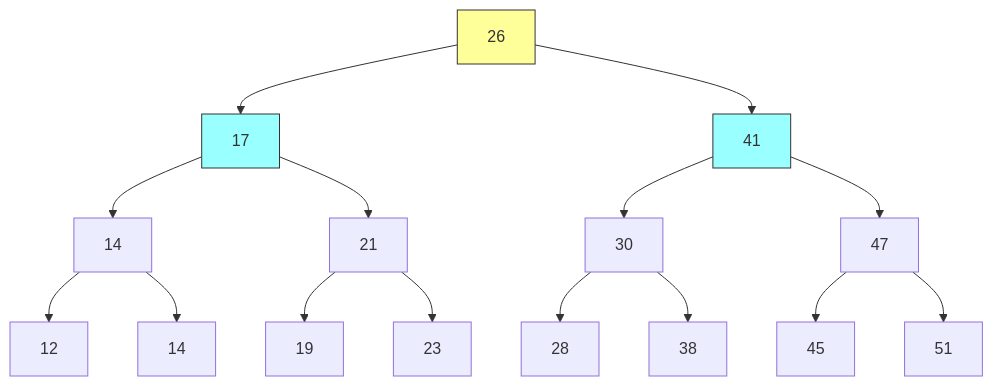
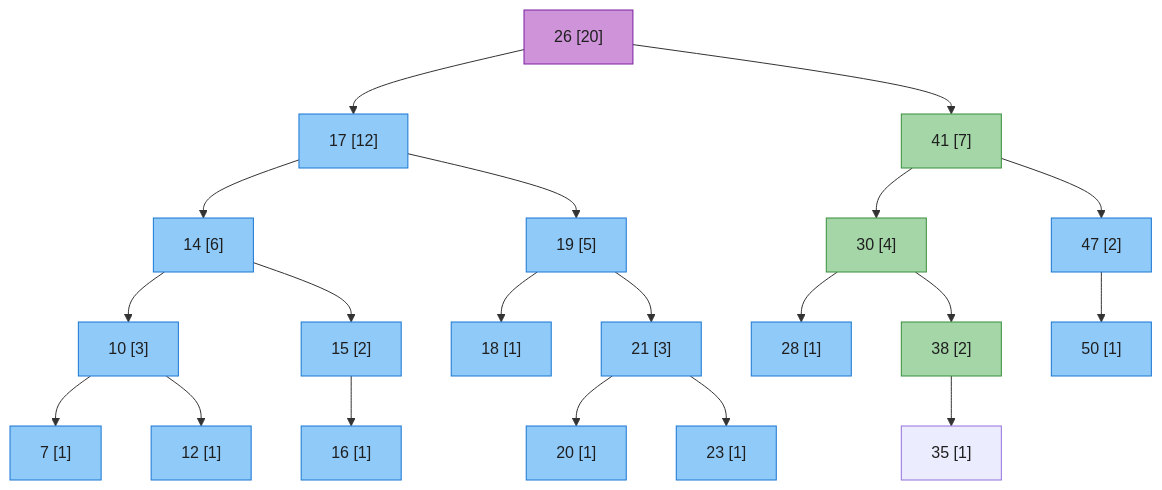
Before and after one commit to socoo123/book_reading: the second of 5 diagrams in IntroductionToAlgorithms/Chapter17_扩充数据结构_深度版.md, drawn with Mermaid. The commit also changed other lines of this file and 30 other files, not shown here.

````diff
--- a/IntroductionToAlgorithms/Chapter17_扩充数据结构_深度版.md
+++ b/IntroductionToAlgorithms/Chapter17_扩充数据结构_深度版.md
@@ -72,21 +61,29 @@
 ```mermaid
-graph TD
-    A[26] --> B[17]
-    A --> C[41]
-    B --> D[14]
-    B --> E[21]
-    C --> F[30]
-    C --> G[47]
-    D --> H[12]
-    D --> I[14]
-    E --> J[19]
-    E --> K[23]
-    F --> L[28]
-    F --> M[38]
-    G --> N[45]
-    G --> O[51]
+flowchart TD
+    n26["26 [20]"] --> n17["17 [12]"]
+    n26 --> n41["41 [7]"]
+    n17 --> n14["14 [6]"]
+    n17 --> n19["19 [5]"]
+    n14 --> n10["10 [3]"]
+    n14 --> n15["15 [2]"]
+    n10 --> n7["7 [1]"]
+    n10 --> n12["12 [1]"]
+    n15 --> n16["16 [1]"]
+    n19 --> n18["18 [1]"]
+    n19 --> n21["21 [3]"]
+    n21 --> n20["20 [1]"]
+    n21 --> n23["23 [1]"]
+    n41 --> n30["30 [4]"]
+    n41 --> n47["47 [2]"]
+    n30 --> n28["28 [1]"]
+    n30 --> n38["38 [2]"]
+    n38 --> n35["35 [1]"]
+    n47 --> n50["50 [1]"]
 
-    style A fill:#ff9,stroke:#333
-    style B fill:#9ff,stroke:#333
-    style C fill:#9ff,stroke:#333
+    classDef root fill:#CE93D8,stroke:#7B1FA2,color:#1f1f1f
+    classDef norm fill:#90CAF9,stroke:#1976D2,color:#1f1f1f
+    classDef path fill:#A5D6A7,stroke:#388E3C,color:#1f1f1f
+    class n26 root
+    class n17,n14,n19,n10,n15,n18,n21,n7,n12,n16,n20,n23,n28,n47,n50 norm
+    class n41,n30,n38 path
 ```
````
